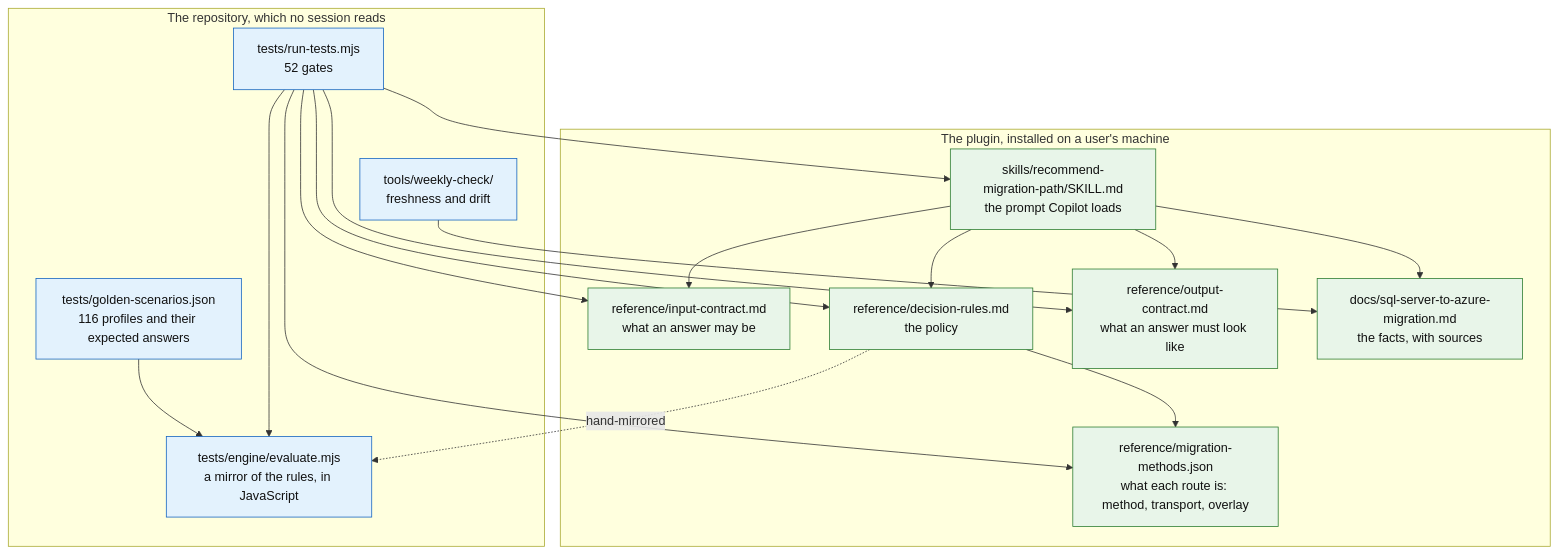
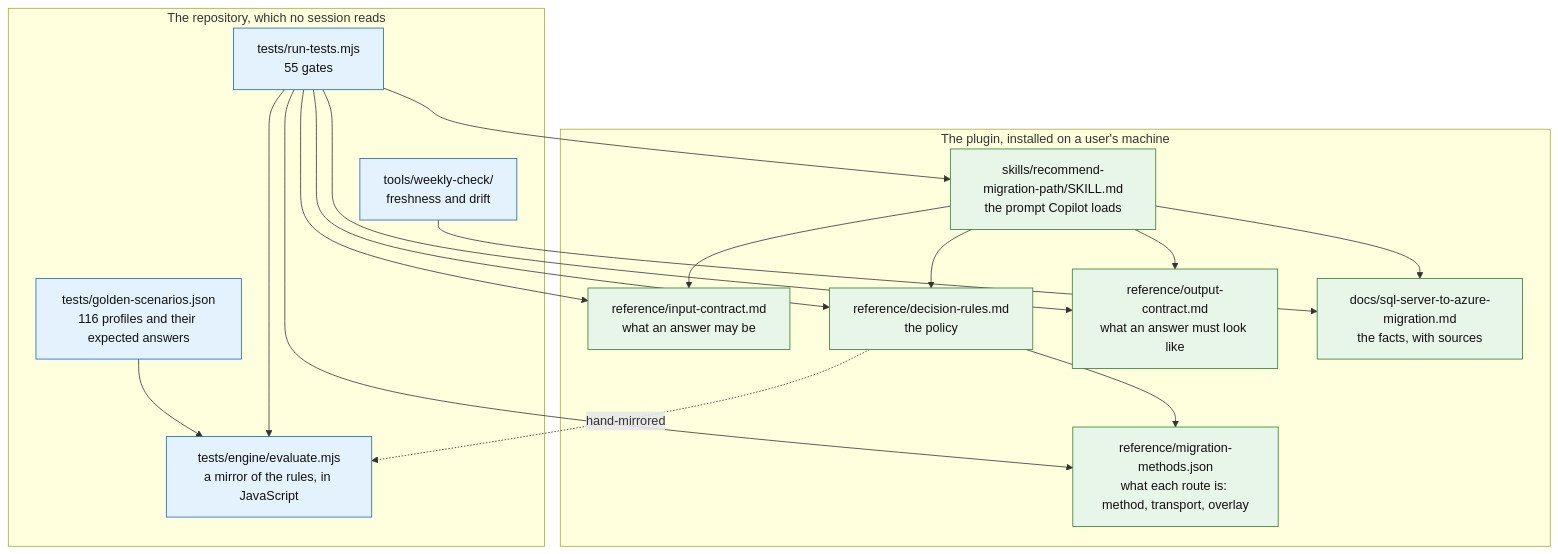
Before and after one commit to fredgis/sql-migration-advisor: the first of 3 diagrams in docs/ARCHITECTURE.md, drawn with Mermaid. The commit also changed other lines of this file and 21 other files, not shown here.

````diff
--- a/docs/ARCHITECTURE.md
+++ b/docs/ARCHITECTURE.md
@@ -28,38 +28,38 @@
 ```mermaid
 flowchart TD
     subgraph plugin["The plugin, installed on a user's machine"]
       SK["skills/recommend-migration-path/SKILL.md<br/>the prompt Copilot loads"]
       IC["reference/input-contract.md<br/>what an answer may be"]
       DR["reference/decision-rules.md<br/>the policy"]
       OC["reference/output-contract.md<br/>what an answer must look like"]
       MM["reference/migration-methods.json<br/>what each route is: method, transport, overlay"]
       KB["docs/sql-server-to-azure-migration.md<br/>the facts, with sources"]
     end
 
     subgraph repo["The repository, which no session reads"]
       EN["tests/engine/evaluate.mjs<br/>a mirror of the rules, in JavaScript"]
       GS["tests/golden-scenarios.json<br/>116 profiles and their expected answers"]
-      GA["tests/run-tests.mjs<br/>52 gates"]
+      GA["tests/run-tests.mjs<br/>55 gates"]
       WK["tools/weekly-check/<br/>freshness and drift"]
     end
 
     SK --> IC
     SK --> DR
     SK --> OC
     SK --> KB
     DR --> MM
     DR -.->|hand-mirrored| EN
     GS --> EN
     GA --> EN
     GA --> SK
     GA --> IC
     GA --> DR
     GA --> OC
     GA --> MM
     WK --> KB
 
     classDef live fill:#e8f5e9,stroke:#2e7d32,color:#111
     classDef test fill:#e3f2fd,stroke:#1565c0,color:#111
     class SK,IC,DR,OC,KB,MM live
     class EN,GS,GA,WK test
 ```
````
